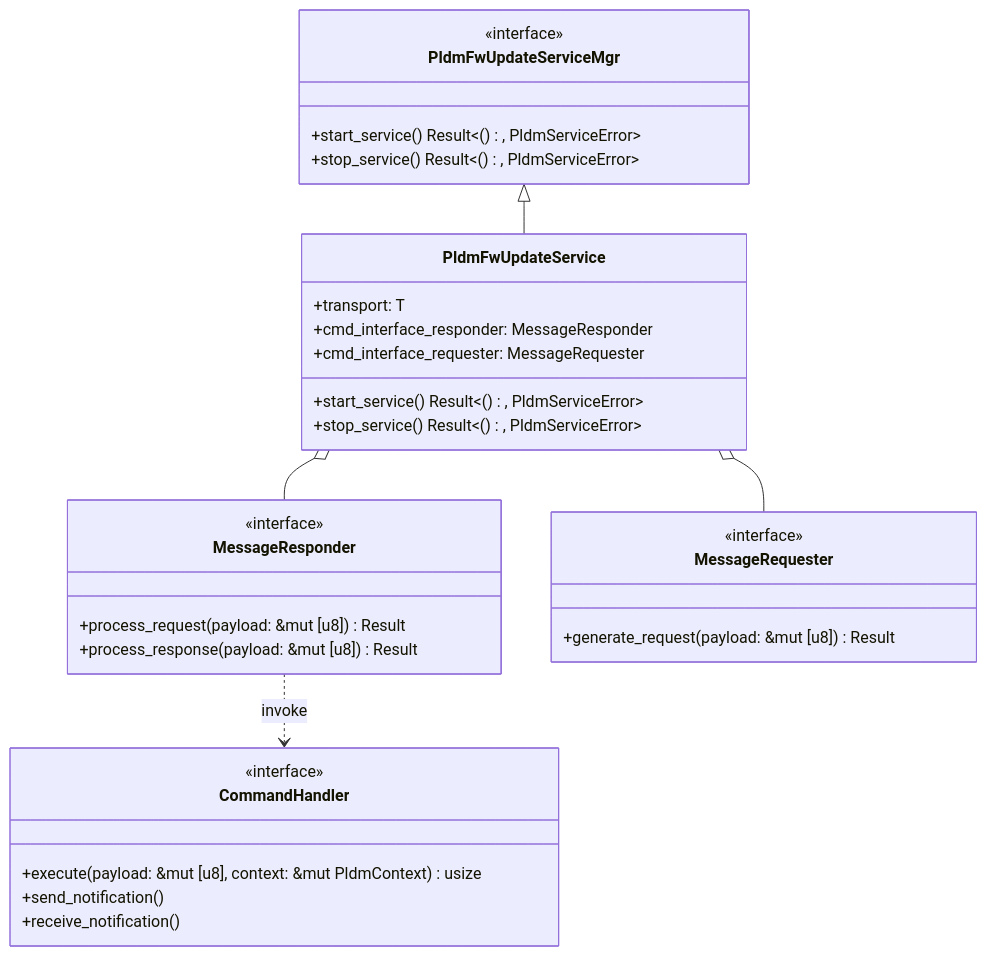
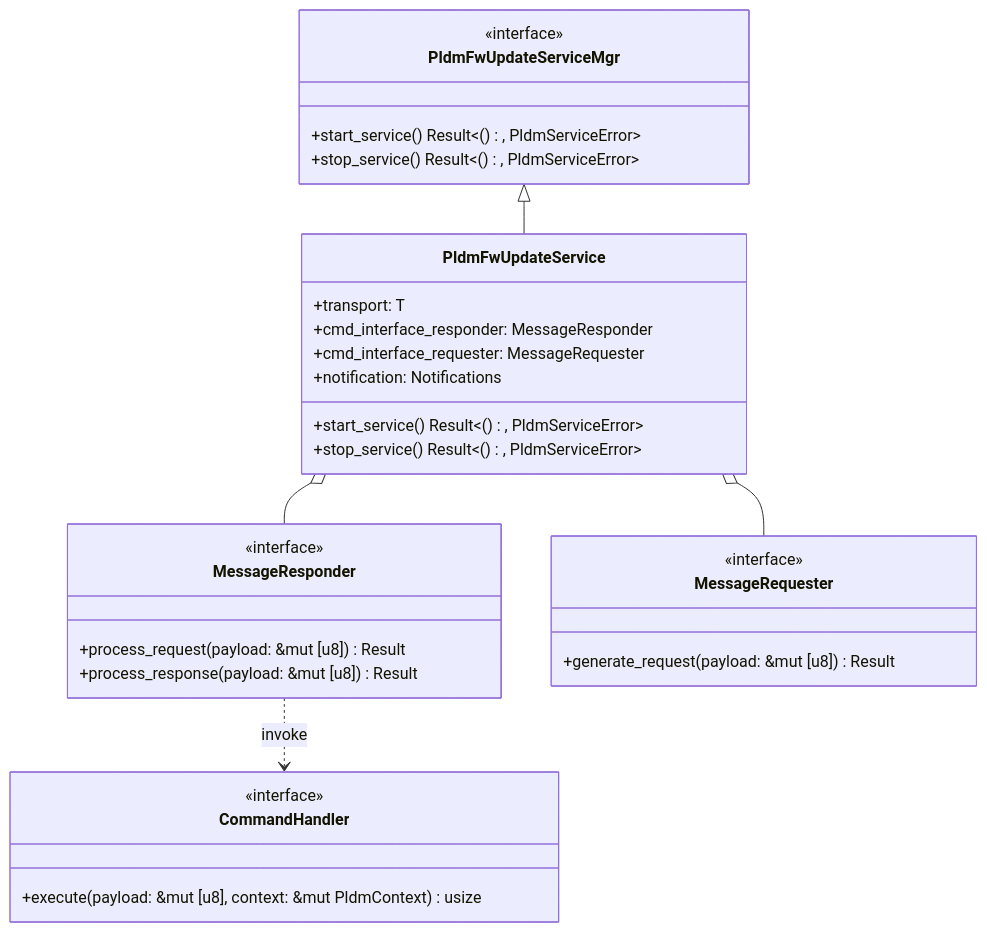
The third of 3 diagrams in docs/src/pldm.md (chipsalliance/caliptra-mcu-sw), drawn with Mermaid before and after one commit. The commit also changed other lines of this file, not shown here.

Commit message:
Update the interface to reflect notification mechanism with upper level API.

````diff
--- a/docs/src/pldm.md
+++ b/docs/src/pldm.md
@@ -142,39 +140,38 @@
 ```mermaid
 classDiagram
         class PldmFwUpdateServiceMgr {
                 <<interface>>
                 +start_service() Result<(), PldmServiceError>
                 +stop_service() Result<(), PldmServiceError>
         }
 
         class PldmFwUpdateService {
                 +transport: T
                 +cmd_interface_responder: MessageResponder
                 +cmd_interface_requester: MessageRequester
+                +notification: Notifications
                 +start_service() Result<(), PldmServiceError>
                 +stop_service() Result<(), PldmServiceError>
         }
 
         class MessageResponder {
                 <<interface>>
                 +process_request(payload: &mut [u8]) Result<usize, MessageHandlerError>
                 +process_response(payload: &mut [u8]) Result<usize, MessageHandlerError>
         }
 
         class MessageRequester {
                 <<interface>>
                 +generate_request(payload: &mut [u8]) Result<usize, MessageHandlerError>
         }
 
         class CommandHandler {
                 <<interface>>
                 +execute(payload: &mut [u8], context: &mut PldmContext) usize
-                +send_notification()
-                +receive_notification()
         }
 
         PldmFwUpdateServiceMgr <|-- PldmFwUpdateService
         PldmFwUpdateService o-- MessageResponder
         PldmFwUpdateService o-- MessageRequester
         MessageResponder ..> CommandHandler : invoke
 ```
````
